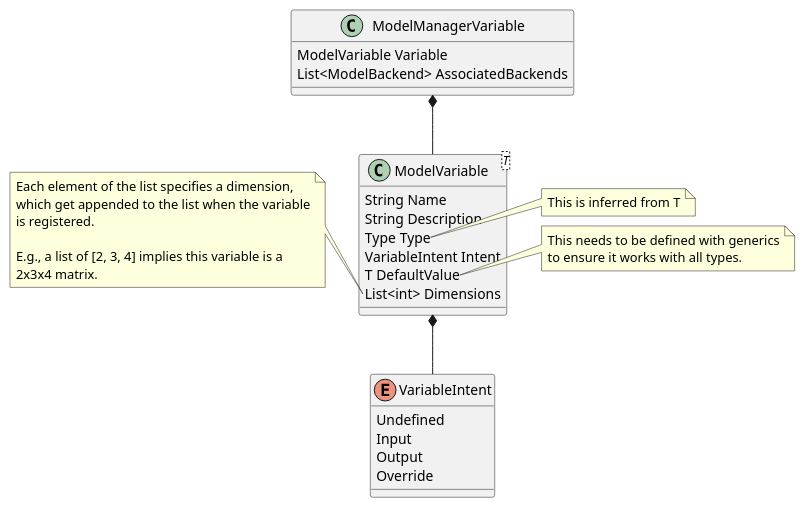
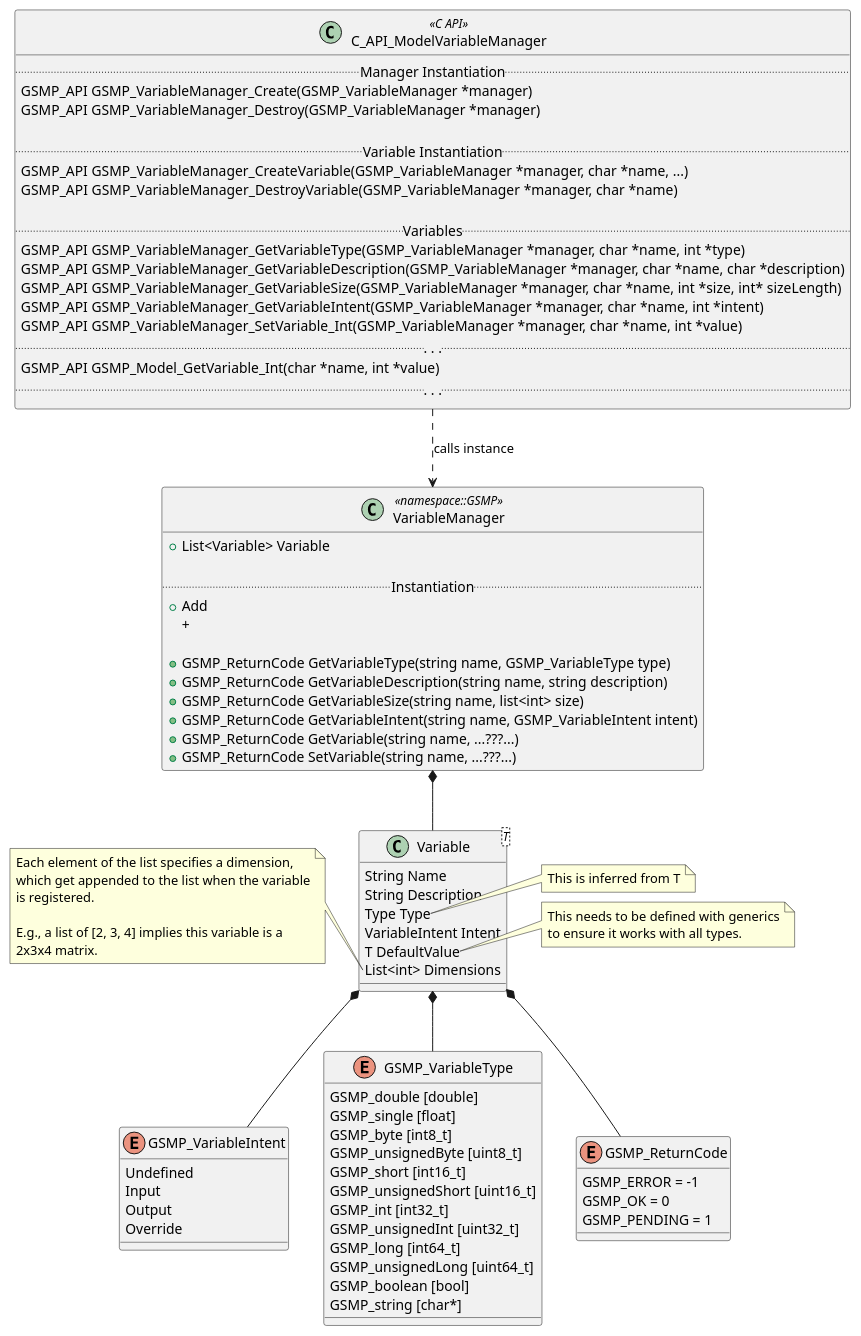
The diagram in docs/PlantUML/diagrams/src/L4_ClassDiagrams/L4_ClassDiagram-Variable.puml (wheelerMT/GSMP), drawn with PlantUML before and after one commit. The commit also changed 1 other file, not shown here.

Commit message:
Add L4 Class Diagram drafts.

```diff
--- a/docs/PlantUML/diagrams/src/L4_ClassDiagrams/L4_ClassDiagram-Variable.puml
+++ b/docs/PlantUML/diagrams/src/L4_ClassDiagrams/L4_ClassDiagram-Variable.puml
@@ -1,50 +1,106 @@
 @startuml L4_Class Diagram - Variable
 'https://plantuml.com/class-diagram
 
 ' Class definitions
-class ModelManagerVariable {
-ModelVariable Variable
-List<ModelBackend> AssociatedBackends
+class C_API_ModelVariableManager <<C API>> {
+    .. Manager Instantiation ..
+    GSMP_API GSMP_VariableManager_Create(GSMP_VariableManager *manager)
+    GSMP_API GSMP_VariableManager_Destroy(GSMP_VariableManager *manager)
+
+    .. Variable Instantiation ..
+    GSMP_API GSMP_VariableManager_CreateVariable(GSMP_VariableManager *manager, char *name, ...)
+    GSMP_API GSMP_VariableManager_DestroyVariable(GSMP_VariableManager *manager, char *name)
+
+    .. Variables ..
+    GSMP_API GSMP_VariableManager_GetVariableType(GSMP_VariableManager *manager, char *name, int *type)
+    GSMP_API GSMP_VariableManager_GetVariableDescription(GSMP_VariableManager *manager, char *name, char *description)
+    GSMP_API GSMP_VariableManager_GetVariableSize(GSMP_VariableManager *manager, char *name, int *size, int* sizeLength)
+    GSMP_API GSMP_VariableManager_GetVariableIntent(GSMP_VariableManager *manager, char *name, int *intent)
+    GSMP_API GSMP_VariableManager_SetVariable_Int(GSMP_VariableManager *manager, char *name, int *value)
+    ..  . . .  ..
+    GSMP_API GSMP_Model_GetVariable_Int(char *name, int *value)
+    ..  . . .  ..
 }
 
-class ModelVariable<T> {
-String Name
-String Description
-Type Type
-VariableIntent Intent
-T DefaultValue
-List<int> Dimensions
+class VariableManager <<namespace::GSMP>> {
+  + List<Variable> Variable
+
+  .. Instantiation ..
+  + Add
+  +
+
+  + GSMP_ReturnCode GetVariableType(string name, GSMP_VariableType type)
+  + GSMP_ReturnCode GetVariableDescription(string name, string description)
+  + GSMP_ReturnCode GetVariableSize(string name, list<int> size)
+  + GSMP_ReturnCode GetVariableIntent(string name, GSMP_VariableIntent intent)
+  + GSMP_ReturnCode GetVariable(string name, ...???...)
+  + GSMP_ReturnCode SetVariable(string name, ...???...)
+}
+
+class Variable<T> {
+  String Name
+  String Description
+  Type Type
+  VariableIntent Intent
+  T DefaultValue
+  List<int> Dimensions
 }
 
 ' Notes
-note right of ModelVariable::Type
+note right of Variable::Type
   This is inferred from T
 end note
 
-note right of ModelVariable::DefaultValue
+note right of Variable::DefaultValue
   This needs to be defined with generics
   to ensure it works with all types.
 end note
 
-note left of ModelVariable::Dimensions
+note left of Variable::Dimensions
   Each element of the list specifies a dimension,
   which get appended to the list when the variable
   is registered.
   
   E.g., a list of [2, 3, 4] implies this variable is a
   2x3x4 matrix.
 end note
 
-' Enum definitions
-enum VariableIntent {
-Undefined
-Input
-Output
-Override
+' Relationships
+
+' Define C Relationships (including Cpp components)
+C_API_ModelVariableManager ..> VariableManager : calls instance
+VariableManager *-- Variable
+Variable *-- GSMP_VariableIntent
+Variable *-- GSMP_VariableType
+Variable *-- GSMP_ReturnCode
+
+' -- Enumerated Type Definitions --
+enum GSMP_VariableIntent {
+    Undefined
+    Input
+    Output
+    Override
 }
 
-' Relationships
-ModelManagerVariable *-- ModelVariable
-ModelVariable *-- VariableIntent
+enum GSMP_VariableType {
+    GSMP_double [double]
+    GSMP_single [float]
+    GSMP_byte [int8_t]
+    GSMP_unsignedByte [uint8_t]
+    GSMP_short [int16_t]
+    GSMP_unsignedShort [uint16_t]
+    GSMP_int [int32_t]
+    GSMP_unsignedInt [uint32_t]
+    GSMP_long [int64_t]
+    GSMP_unsignedLong [uint64_t]
+    GSMP_boolean [bool]
+    GSMP_string [char*]
+}
+
+enum GSMP_ReturnCode {
+    GSMP_ERROR = -1
+    GSMP_OK = 0
+    GSMP_PENDING = 1
+}
 
 @enduml
```
